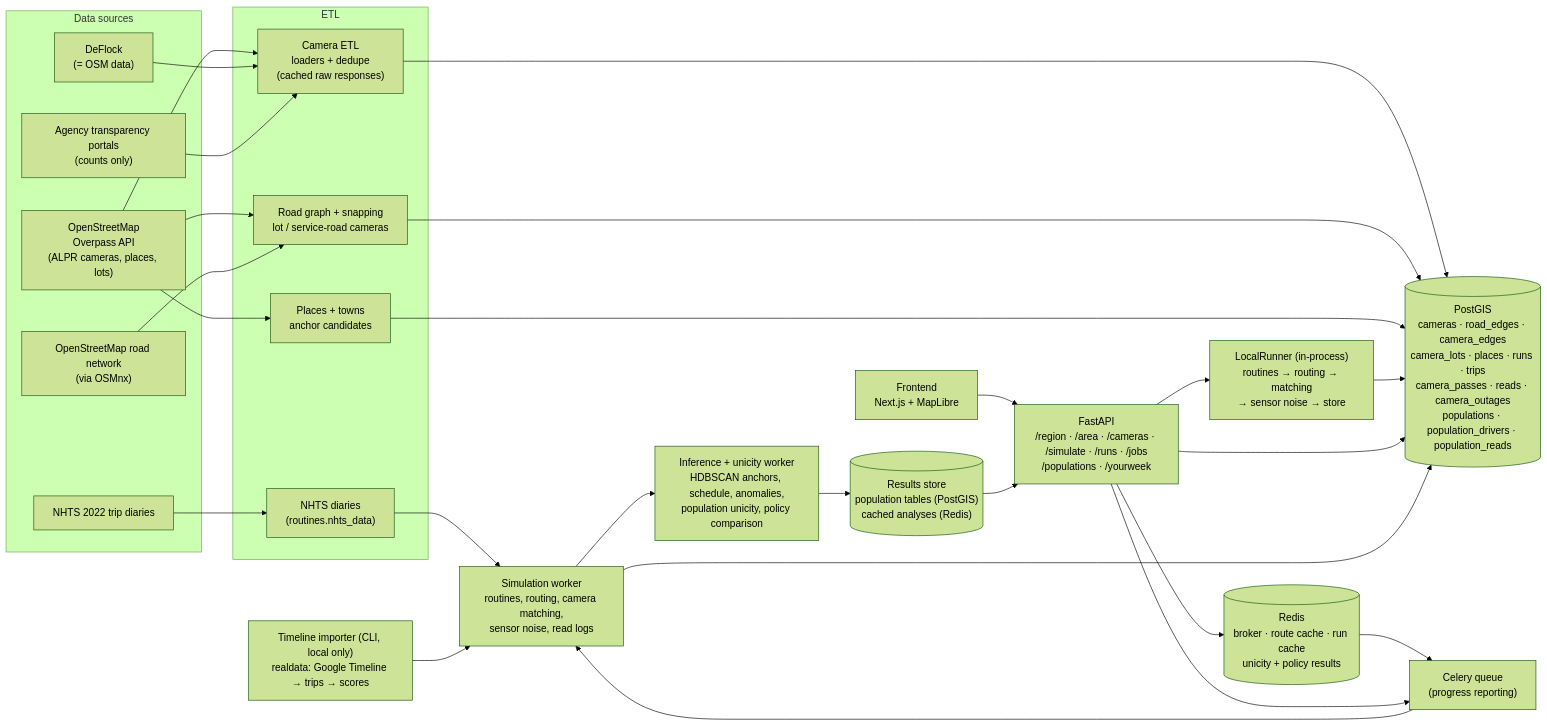
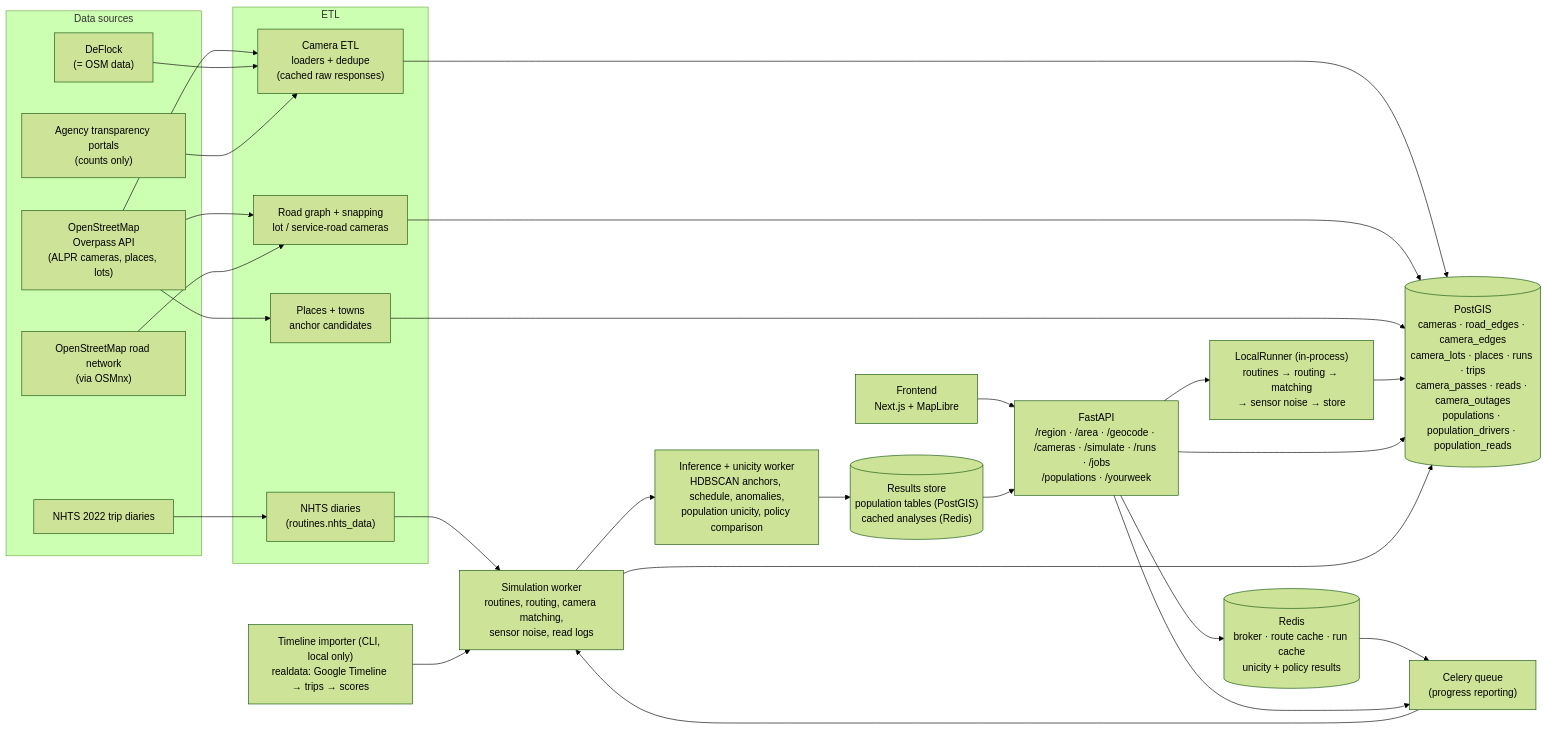
The diagram in docs/architecture.md (RyanPurakal/plate-trail), drawn with Mermaid (forest theme) before and after one commit. The commit also changed 10 other files, not shown here.

````diff
--- a/docs/architecture.md
+++ b/docs/architecture.md
@@ -7,59 +7,59 @@
 ```mermaid
 flowchart LR
     %% ---------- sources ----------
     subgraph sources["Data sources"]
         OSM["OpenStreetMap<br/>Overpass API<br/>(ALPR cameras, places, lots)"]
         OSMNX["OpenStreetMap road network<br/>(via OSMnx)"]
         DEFLOCK["DeFlock<br/>(= OSM data)"]
         AGENCY["Agency transparency portals<br/>(counts only)"]
         NHTS["NHTS 2022 trip diaries"]
     end
 
     %% ---------- ETL ----------
     subgraph etl["ETL"]
         CAMETL["Camera ETL<br/>loaders + dedupe<br/>(cached raw responses)"]
         ROADS["Road graph + snapping<br/>lot / service-road cameras"]
         PLACES["Places + towns<br/>anchor candidates"]
         NHTSETL["NHTS diaries<br/>(routines.nhts_data)"]
     end
 
     DB[("PostGIS<br/>cameras · road_edges · camera_edges<br/>camera_lots · places · runs · trips<br/>camera_passes · reads · camera_outages<br/>populations · population_drivers · population_reads")]
 
     %% ---------- app ----------
     FE["Frontend<br/>Next.js + MapLibre"]
-    API["FastAPI<br/>/region · /area · /cameras · /simulate · /runs · /jobs<br/>/populations · /yourweek"]
+    API["FastAPI<br/>/region · /area · /geocode · /cameras · /simulate · /runs · /jobs<br/>/populations · /yourweek"]
     LOCAL["LocalRunner (in-process)<br/>routines → routing → matching<br/>→ sensor noise → store"]
     REDIS[("Redis<br/>broker · route cache · run cache<br/>unicity + policy results")]
     QUEUE["Celery queue<br/>(progress reporting)"]
     SIMW["Simulation worker<br/>routines, routing, camera matching,<br/>sensor noise, read logs"]
     INFW["Inference + unicity worker<br/>HDBSCAN anchors, schedule, anomalies,<br/>population unicity, policy comparison"]
     RESULTS[("Results store<br/>population tables (PostGIS)<br/>cached analyses (Redis)")]
     TIMELINE["Timeline importer (CLI, local only)<br/>realdata: Google Timeline → trips → scores"]
 
     OSM --> CAMETL
     OSM --> PLACES
     OSM --> ROADS
     OSMNX --> ROADS
     DEFLOCK --> CAMETL
     AGENCY --> CAMETL
     NHTS --> NHTSETL
     CAMETL --> DB
     ROADS --> DB
     PLACES --> DB
     NHTSETL --> SIMW
 
     FE --> API
     API --> LOCAL
     LOCAL --> DB
     API --> DB
 
     API --> REDIS
     REDIS --> QUEUE
     API --> QUEUE
     QUEUE --> SIMW
     SIMW --> INFW
     SIMW --> DB
     INFW --> RESULTS
     RESULTS --> API
     TIMELINE --> SIMW
 ```
````
